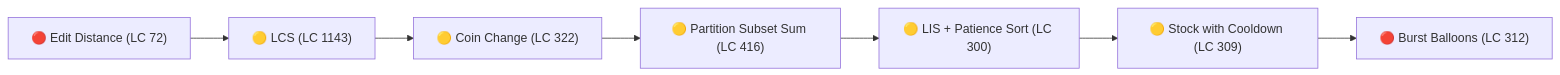
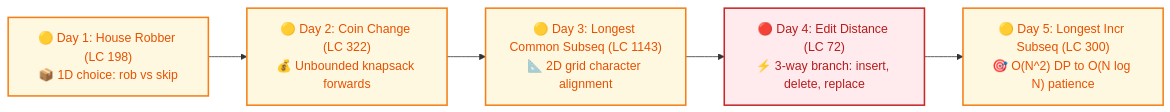
Before and after one commit to dip4k/DSA_102: the fourth of 19 diagrams in Senior_dsa_question_list.md, drawn with Mermaid. The commit also changed other lines of this file and 332 other files, not shown here.

````diff
--- a/Senior_dsa_question_list.md
+++ b/Senior_dsa_question_list.md
@@ -138,9 +163,14 @@
 ```mermaid
 flowchart LR
-    A["🔴 Edit Distance (LC 72)"] --> B["🟡 LCS (LC 1143)"]
-    B --> C["🟡 Coin Change (LC 322)"]
-    C --> D["🟡 Partition Subset Sum (LC 416)"]
-    D --> E["🟡 LIS + Patience Sort (LC 300)"]
-    E --> F["🟡 Stock with Cooldown (LC 309)"]
-    F --> G["🔴 Burst Balloons (LC 312)"]
+    classDef startNode fill:#e8f5e9,stroke:#2e7d32,stroke-width:2px,color:#1b5e20
+    classDef midNode fill:#fff8e1,stroke:#f57f17,stroke-width:2px,color:#e65100
+    classDef hardNode fill:#ffebee,stroke:#c62828,stroke-width:2px,color:#b71c1c
+
+    A["🟡 Day 1: House Robber (LC 198)<br/>📦 1D choice: rob vs skip"]:::midNode
+    B["🟡 Day 2: Coin Change (LC 322)<br/>💰 Unbounded knapsack forwards"]:::midNode
+    C["🟡 Day 3: Longest Common Subseq (LC 1143)<br/>📐 2D grid character alignment"]:::midNode
+    D["🔴 Day 4: Edit Distance (LC 72)<br/>⚡ 3-way branch: insert, delete, replace"]:::hardNode
+    E["🟡 Day 5: Longest Incr Subseq (LC 300)<br/>🎯 O(N^2) DP to O(N log N) patience"]:::midNode
+
+    A --> B --> C --> D --> E
 ```
````
